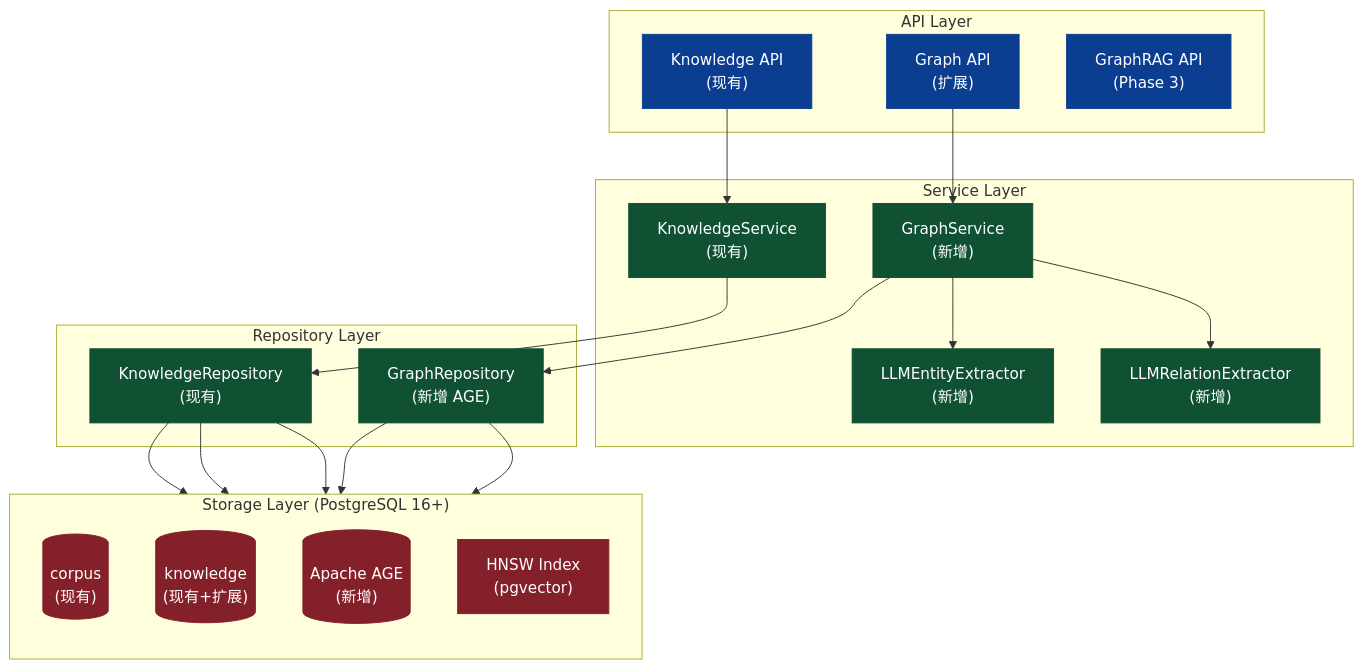
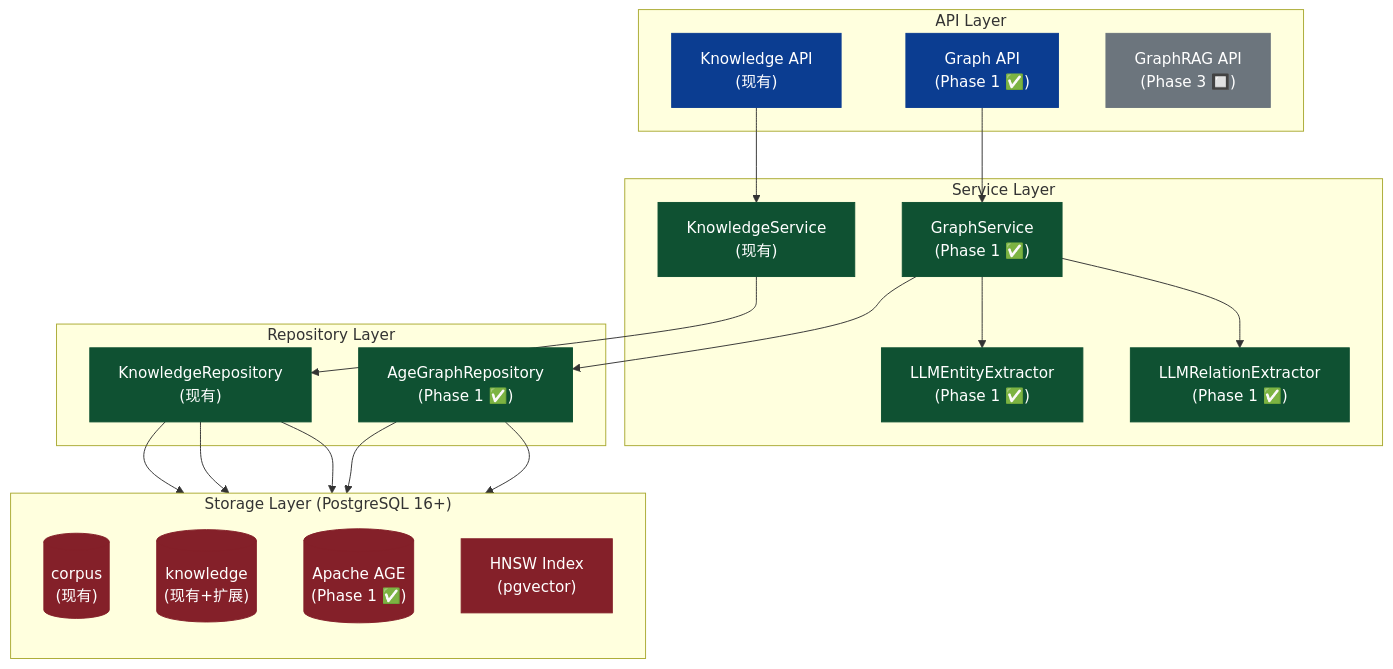
Before and after one commit to ThreeFish-AI/negentropy: the second of 10 diagrams in docs/knowledge-graph.md, drawn with Mermaid. The commit also changed other lines of this file, not shown here.

First line of the commit message:
docs(knowledge-graph): 完全重写知识图谱架构设计与工程实施方案文档

````diff
--- a/docs/knowledge-graph.md
+++ b/docs/knowledge-graph.md
@@ -81,50 +304,52 @@
 ```mermaid
 %%{init: {"themeVariables": {"primaryColor": "#0b3d91", "primaryTextColor": "#ffffff", "primaryBorderColor": "#0b3d91", "secondaryColor": "#0f5132", "secondaryTextColor": "#ffffff", "secondaryBorderColor": "#0f5132", "tertiaryColor": "#842029", "tertiaryTextColor": "#ffffff", "tertiaryBorderColor": "#842029"}}}%%
 flowchart TB
     subgraph API["API Layer"]
         KAPI["Knowledge API<br/>(现有)"]
-        GAPI["Graph API<br/>(扩展)"]
-        GRAG["GraphRAG API<br/>(Phase 3)"]
+        GAPI["Graph API<br/>(Phase 1 ✅)"]
+        GRAG["GraphRAG API<br/>(Phase 3 🔲)"]
     end
 
     subgraph Service["Service Layer"]
         KSvc["KnowledgeService<br/>(现有)"]
-        GSvc["GraphService<br/>(新增)"]
-        E2E["LLMEntityExtractor<br/>(新增)"]
-        R2R["LLMRelationExtractor<br/>(新增)"]
+        GSvc["GraphService<br/>(Phase 1 ✅)"]
+        E2E["LLMEntityExtractor<br/>(Phase 1 ✅)"]
+        R2R["LLMRelationExtractor<br/>(Phase 1 ✅)"]
     end
 
     subgraph Repo["Repository Layer"]
         KRepo["KnowledgeRepository<br/>(现有)"]
-        GRepo["GraphRepository<br/>(新增 AGE)"]
+        GRepo["AgeGraphRepository<br/>(Phase 1 ✅)"]
     end
 
     subgraph Storage["Storage Layer (PostgreSQL 16+)"]
         direction TB
         Corpus[("corpus<br/>(现有)")]
         Knowledge[("knowledge<br/>(现有+扩展)")]
-        AGE[("Apache AGE<br/>(新增)")]
+        AGE[("Apache AGE<br/>(Phase 1 ✅)")]
         HNSW["HNSW Index<br/>(pgvector)"]
     end
 
     KAPI --> KSvc --> KRepo
     GAPI --> GSvc --> GRepo
     GSvc --> E2E
     GSvc --> R2R
 
     KRepo --> Corpus
     KRepo --> Knowledge
     KRepo --> HNSW
     GRepo --> AGE
     GRepo --> Knowledge
 
-    classDef api fill:#0b3d91,stroke:#0b3d91,color:#ffffff;
-    classDef svc fill:#0f5132,stroke:#0f5132,color:#ffffff;
-    classDef repo fill:#0f5132,stroke:#0f5132,color:#ffffff;
-    classDef store fill:#842029,stroke:#842029,color:#ffffff;
+    classDef api fill:#0b3d91,stroke:#0b3d91,color:#ffffff
+    classDef svc fill:#0f5132,stroke:#0f5132,color:#ffffff
+    classDef repo fill:#0f5132,stroke:#0f5132,color:#ffffff
+    classDef store fill:#842029,stroke:#842029,color:#ffffff
+    classDef pending fill:#6c757d,stroke:#6c757d,color:#ffffff
 
-    class KAPI,GAPI,GRAG api
+    class KAPI,GAPI api
+    class GRAG pending
     class KSvc,GSvc,E2E,R2R svc
     class KRepo,GRepo repo
     class Corpus,Knowledge,AGE,HNSW store
 ```
````
